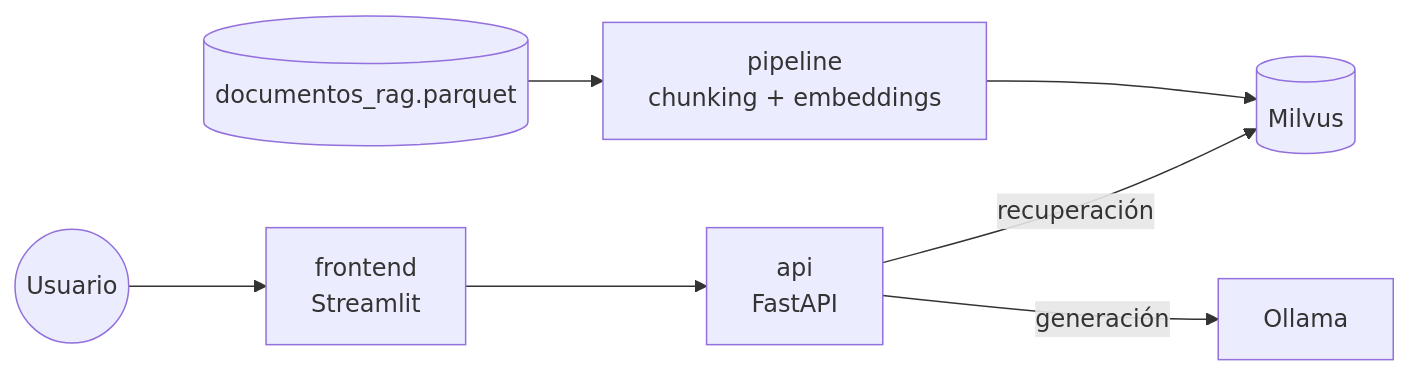
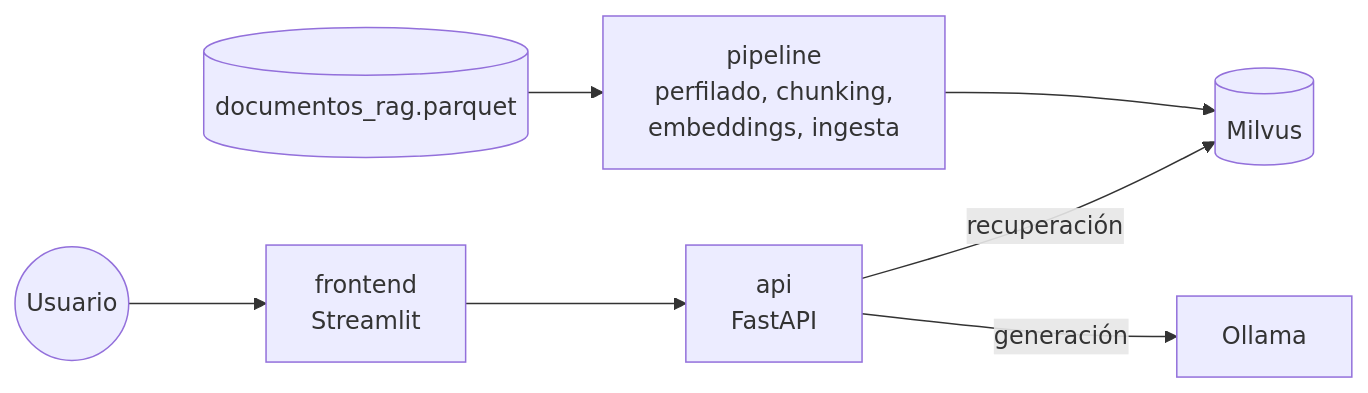
Before and after one commit to SebastianBravo/nlp_rag: the diagram in README.md, drawn with Mermaid. The commit also changed other lines of this file, not shown here.

````diff
--- a/README.md
+++ b/README.md
@@ -9,9 +43,9 @@
 ```mermaid
 flowchart LR
-  C[(documentos_rag.parquet)] --> P[pipeline<br/>chunking + embeddings]
+  C[(documentos_rag.parquet)] --> P[pipeline<br/>perfilado, chunking,<br/>embeddings, ingesta]
   P --> M[(Milvus)]
   U((Usuario)) --> F[frontend<br/>Streamlit]
   F --> A[api<br/>FastAPI]
   A -- recuperación --> M
   A -- generación --> O[Ollama]
 ```
````
